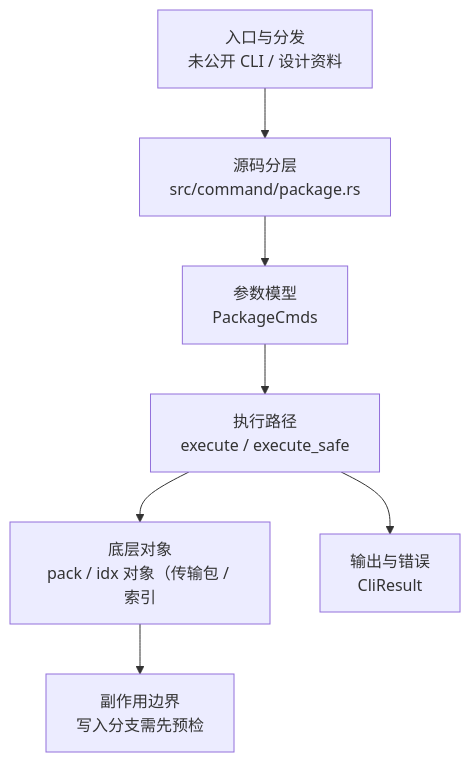
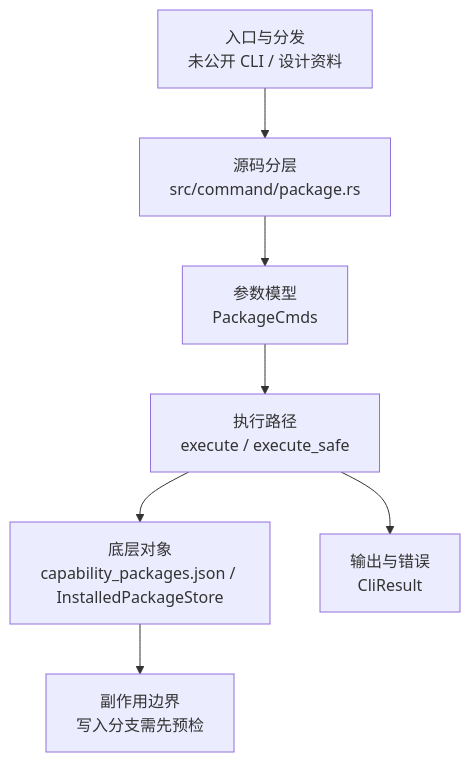
The diagram in docs/development/commands/package.md (web3infra-foundation/libra), drawn with Mermaid before and after one commit. The commit also changed other lines of this file and 65 other files, not shown here.

````diff
--- a/docs/development/commands/package.md
+++ b/docs/development/commands/package.md
@@ -22,9 +22,9 @@
 ```mermaid
 flowchart TD
     A["入口与分发<br/>未公开 CLI / 设计资料"] --> B["源码分层<br/>src/command/package.rs"]
     B --> C["参数模型<br/>PackageCmds"]
     C --> D["执行路径<br/>execute / execute_safe"]
-    D --> E["底层对象<br/>pack / idx 对象（传输包 / 索引"]
+    D --> E["底层对象<br/>capability_packages.json / InstalledPackageStore"]
     D --> F["输出与错误<br/>CliResult"]
     E --> G["副作用边界<br/>写入分支需先预检"]
 ```
````
